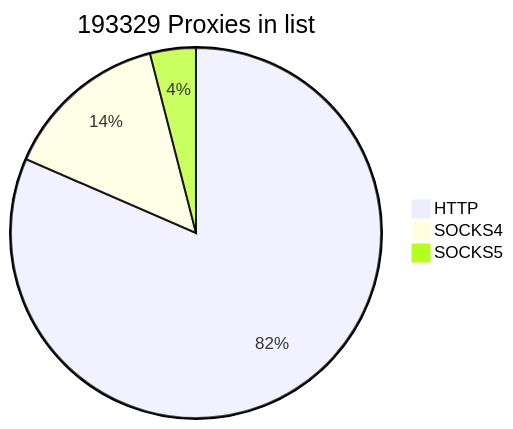
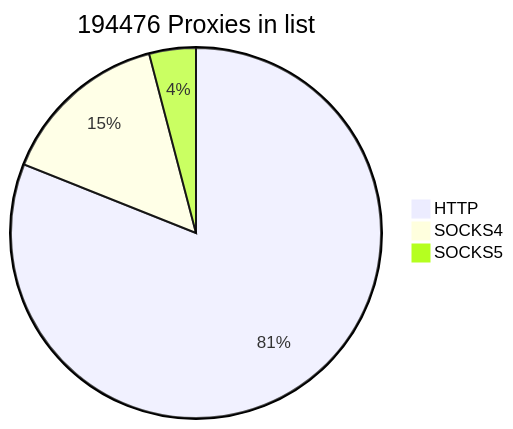
One commit to cutipu/proxylist changed the first of 2 diagrams in README.md. Above: the diagram before and after it, drawn with Mermaid. The commit also changed other lines of this file, not shown here.

````diff
--- a/README.md
+++ b/README.md
@@ -2,7 +2,7 @@
 ```mermaid
-pie title 193329 Proxies in list
-    "HTTP" : 157608
-    "SOCKS4" : 27992
-    "SOCKS5" : 7729
+pie title 194476 Proxies in list
+    "HTTP" : 157592
+    "SOCKS4" : 28962
+    "SOCKS5" : 7922
             
 ```
````
